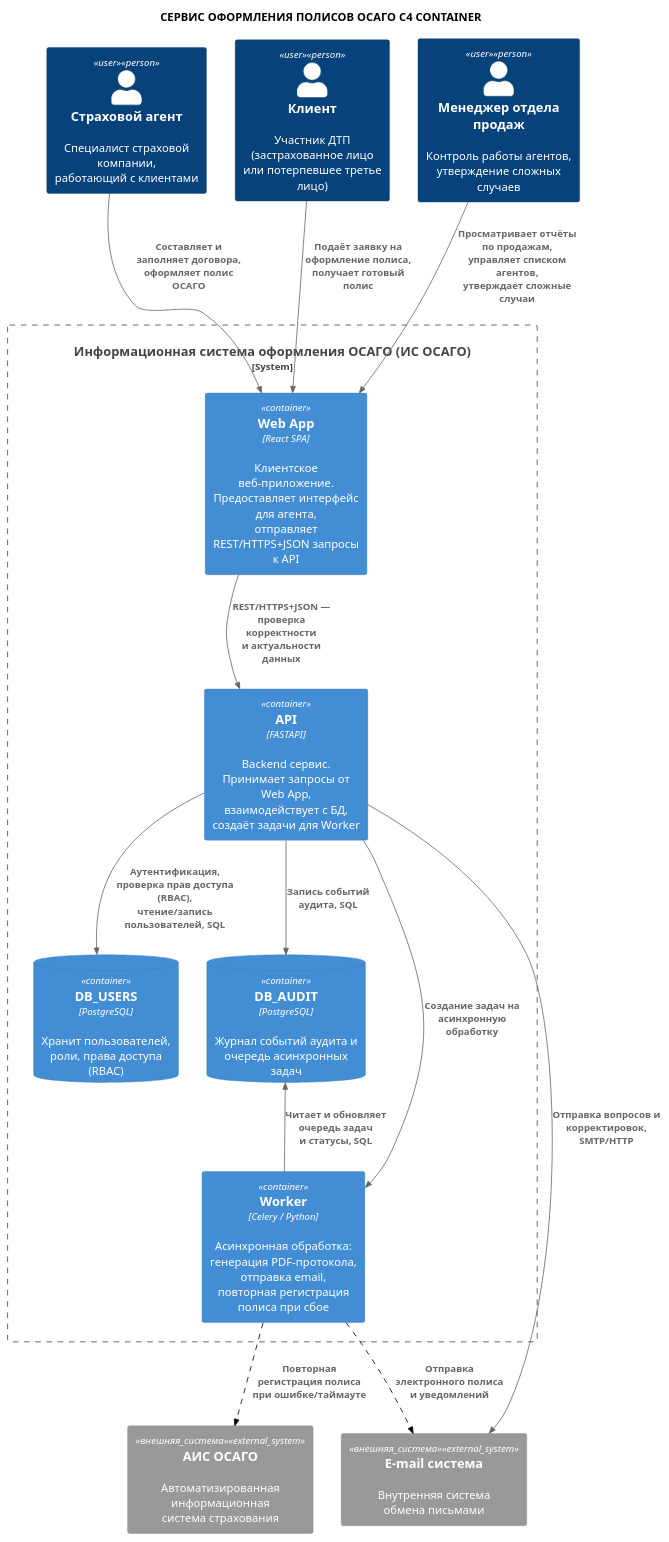
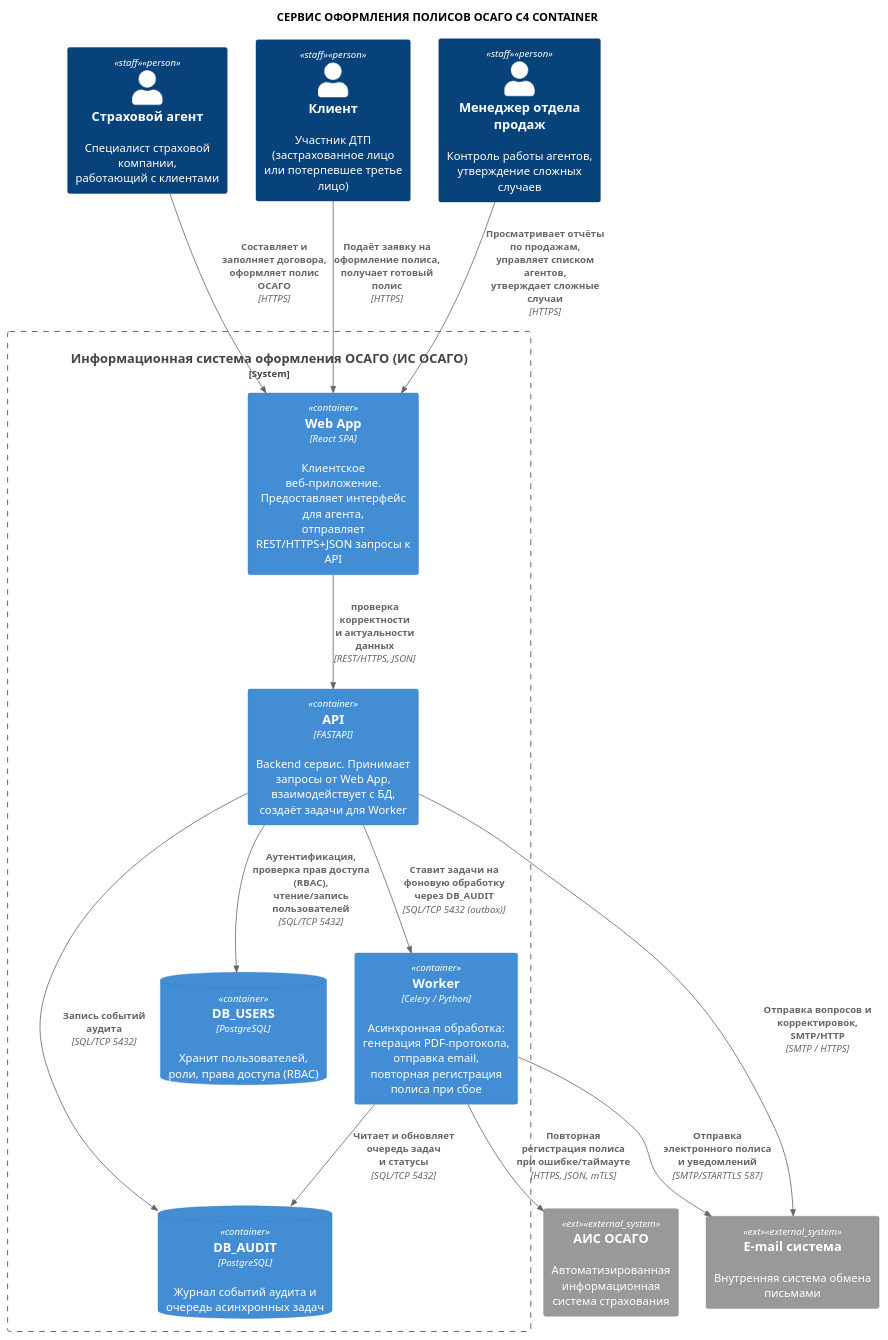
One commit to ElectricLight-ELO/Insurance-system changed the diagram in architecture/src/romanov_webapp/L2_container.puml. Above: the diagram before and after it, drawn with PlantUML.

```diff
--- a/architecture/src/romanov_webapp/L2_container.puml
+++ b/architecture/src/romanov_webapp/L2_container.puml
@@ -1,53 +1,46 @@
 @startuml
-!include <C4/C4_Container>
-
+!include ../core/C4_Container.puml
 LAYOUT_TOP_DOWN()
-skinparam wrapWidth 185
-skinparam maxMessageSize 150
 
 title СЕРВИС ОФОРМЛЕНИЯ ПОЛИСОВ ОСАГО C4 CONTAINER
 
-AddRelTag("пунктир", $lineStyle=DashedLine(), $lineColor="#000000")
-
-Person(agent, "Страховой агент", "Специалист страховой компании,\nработающий с клиентами", $tags="user")
-Person(client, "Клиент", "Участник ДТП (застрахованное лицо\nили потерпевшее третье лицо)", $tags="user")
-Person(manager, "Менеджер отдела продаж", "Контроль работы агентов,\nутверждение сложных случаев", $tags="user")
+Person(agent, "Страховой агент", "Специалист страховой компании,\nработающий с клиентами", $tags="staff")
+Person(client, "Клиент", "Участник ДТП (застрахованное лицо\nили потерпевшее третье лицо)", $tags="staff")
+Person(manager, "Менеджер отдела продаж", "Контроль работы агентов,\nутверждение сложных случаев", $tags="staff")
 
 System_Boundary(osago_service, "Информационная система оформления ОСАГО (ИС ОСАГО)") {
+
     Container(web_app, "Web App", "React SPA", "Клиентское веб-приложение. Предоставляет интерфейс для агента,\nотправляет REST/HTTPS+JSON запросы к API")
+
     Container(api, "API", "FASTAPI", "Backend сервис. Принимает запросы от Web App,\nвзаимодействует с БД, создаёт задачи для Worker")
+
     Container(worker, "Worker", "Celery / Python", "Асинхронная обработка:\nгенерация PDF-протокола, отправка email,\nповторная регистрация полиса при сбое")
+
     ContainerDb(db_users, "DB_USERS", "PostgreSQL", "Хранит пользователей, роли, права доступа (RBAC)")
     ContainerDb(db_audit, "DB_AUDIT", "PostgreSQL", "Журнал событий аудита и очередь асинхронных задач")
 }
 
-System_Ext(ais_osago, "АИС ОСАГО", "Автоматизированная информационная\nсистема страхования", $tags="внешняя_система")
-System_Ext(email_sys, "E-mail система", "Внутренняя система обмена письмами", $tags="внешняя_система")
+System_Ext(ais_osago, "АИС ОСАГО", "Автоматизированная информационная\nсистема страхования", $tags="ext")
+System_Ext(email_sys, "E-mail система", "Внутренняя система обмена письмами", $tags="ext")
 
-Rel(agent, web_app, "Составляет и заполняет договора,\nоформляет полис ОСАГО")
-Rel(client, web_app, "Подаёт заявку на оформление полиса,\nполучает готовый полис")
-Rel(manager, web_app, "Просматривает отчёты по продажам,\nуправляет списком агентов,\nутверждает сложные случаи")
-Rel(web_app, api, "REST/HTTPS+JSON — проверка корректности\nи актуальности данных")
+Rel(agent, web_app, "Составляет и заполняет договора,\nоформляет полис ОСАГО", "HTTPS")
 
-Rel(api, worker, "Создание задач на асинхронную обработку")
-Rel(api, db_users, "Аутентификация, проверка прав доступа (RBAC),\nчтение/запись пользователей, SQL")
-Rel(api, db_audit, "Запись событий аудита, SQL")
-Rel(worker, db_audit, "Читает и обновляет очередь задач\nи статусы, SQL")
+Rel(client, web_app, "Подаёт заявку на оформление полиса,\nполучает готовый полис", "HTTPS")
 
-Rel(worker, ais_osago, "Повторная регистрация полиса\nпри ошибке/таймауте", $tags="пунктир")
-Rel(worker, email_sys, "Отправка электронного полиса\nи уведомлений", $tags="пунктир")
-Rel(api, email_sys, "Отправка вопросов и корректировок,\nSMTP/HTTP")
+Rel(manager, web_app, "Просматривает отчёты по продажам,\nуправляет списком агентов,\nутверждает сложные случаи", "HTTPS")
 
-' Невидимые связи задают расположение блоков.
-agent -[hidden]right- client
-client -[hidden]right- manager
-agent -[hidden]down- web_app
-web_app -[hidden]down- api
-api -[hidden]down- db_users
-db_users -[hidden]right- db_audit
-db_users -[hidden]down- worker
-db_audit -[hidden]down- worker
-osago_service -[hidden]down- ais_osago
-ais_osago -[hidden]right- email_sys
+Rel(web_app, api, "проверка корректности\nи актуальности данных", "REST/HTTPS, JSON")
 
+Rel(api, worker, "Ставит задачи на фоновую обработку через DB_AUDIT", "SQL/TCP 5432 (outbox)")
+Rel(api, db_users, "Аутентификация, проверка прав доступа (RBAC),\nчтение/запись пользователей", "SQL/TCP 5432")
+
+Rel(api, db_audit, "Запись событий аудита", "SQL/TCP 5432")
+
+Rel(worker, db_audit, "Читает и обновляет очередь задач\nи статусы", "SQL/TCP 5432")
+
+Rel(worker, ais_osago, "Повторная регистрация полиса\nпри ошибке/таймауте", $tags="пунктир", "HTTPS, JSON, mTLS")
+
+Rel(worker, email_sys, "Отправка электронного полиса\nи уведомлений", $tags="пунктир", "SMTP/STARTTLS 587")
+
+Rel(api, email_sys, "Отправка вопросов и корректировок,\nSMTP/HTTP", "SMTP / HTTPS")
 @enduml
```
